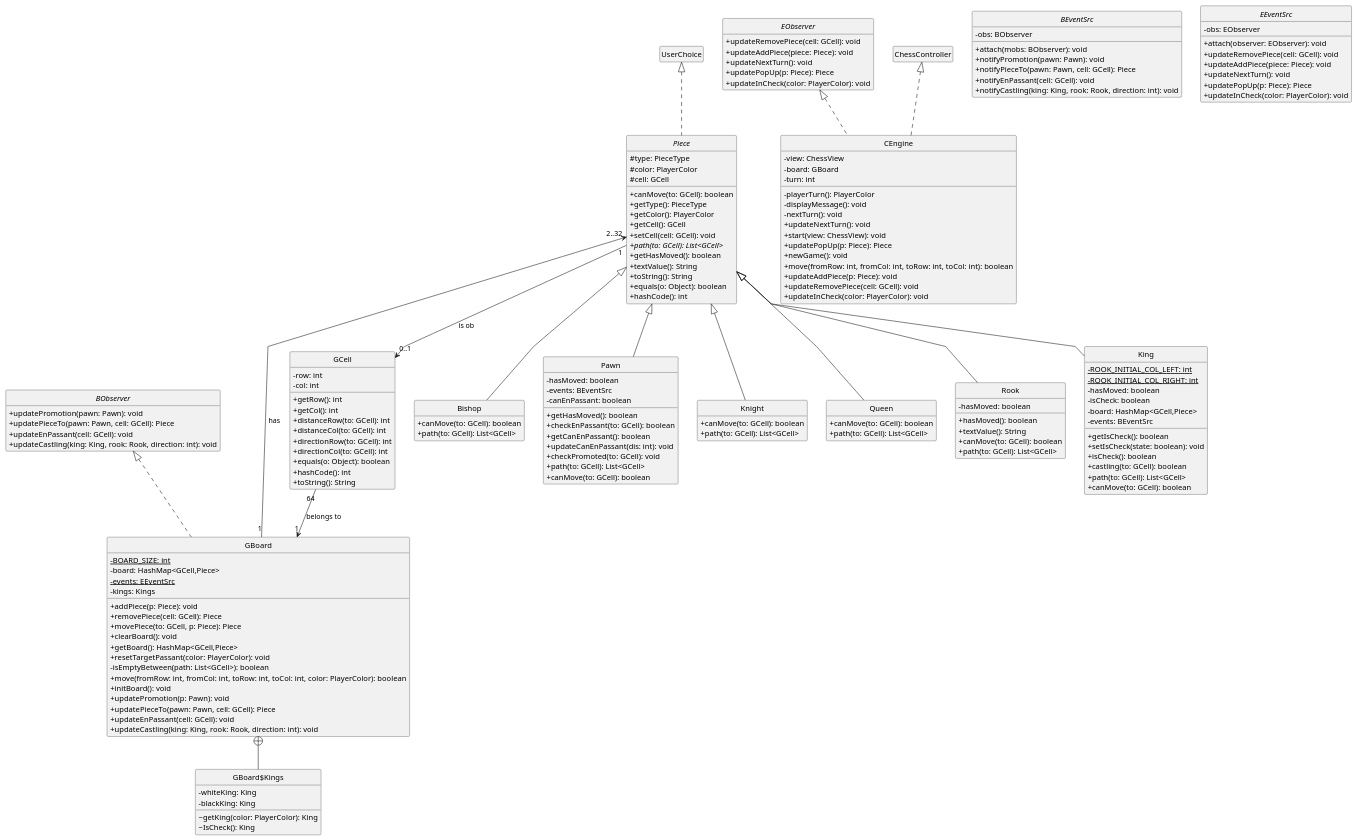
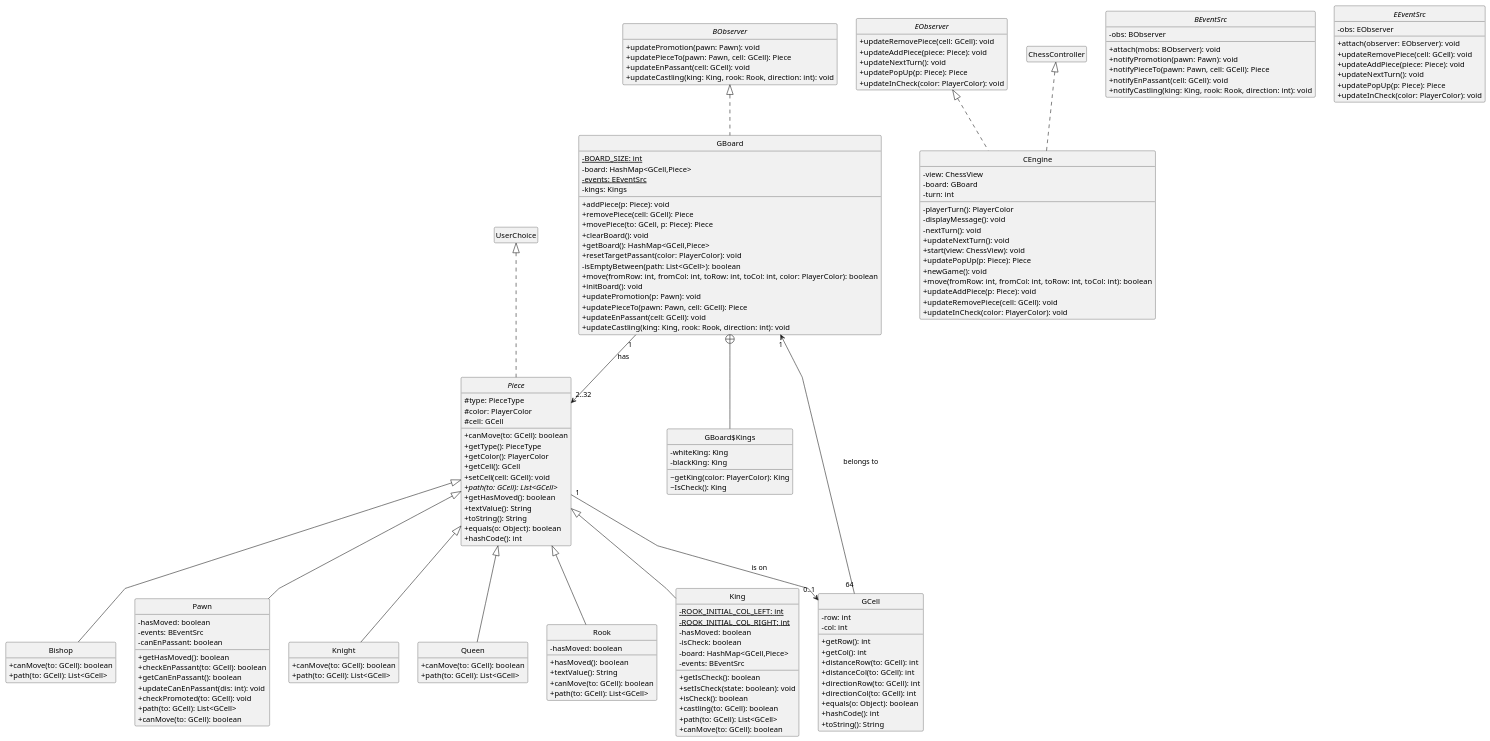
Before and after one commit to Bananonymous/POO-Lab08: the diagram in lab08/src/main/java/ch/heigvd/poo/diagram.puml, drawn with PlantUML. The commit also changed 2 other files, not shown here.

Commit message:
rapport and UML

```diff
--- a/lab08/src/main/java/ch/heigvd/poo/diagram.puml
+++ b/lab08/src/main/java/ch/heigvd/poo/diagram.puml
@@ -10,8 +10,8 @@
 skinparam linetype polyline
 
 ' Additions
-GBoard "1"-u->"2..32" Piece: has
-Piece "1" --> "0..1" GCell : is ob
+GBoard "1"-->"2..32" Piece: has
+Piece "1" --> "0..1" GCell : is on
 GCell "64" --> "1" GBoard : belongs to
 ' REMOVE
 
```
